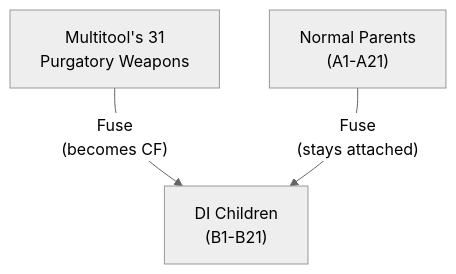
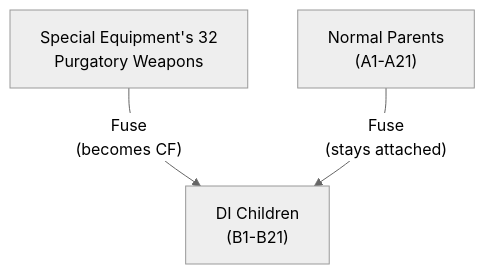
One commit to BKMzero/ultrabroken-documentation changed the fifth of 9 diagrams in docs/wiki/_wip/sfo-nesting-test.md. Above: the diagram before and after it, drawn with Mermaid (neutral theme). The commit also changed other lines of this file, not shown here.

````diff
--- a/docs/wiki/_wip/sfo-nesting-test.md
+++ b/docs/wiki/_wip/sfo-nesting-test.md
@@ -367,9 +399,9 @@
-            ```mermaid
-            graph TD
-                MULTITOOL["Multitool's 31<br/>Purgatory Weapons"]
-                PARENTS["Normal Parents<br/>(A1-A21)"]
-                CHILDREN["DI Children<br/>(B1-B21)"]
+        ```mermaid
+        graph TD
+            SPECIAL["Special Equipment's 32<br/>Purgatory Weapons"]
+            PARENTS["Normal Parents<br/>(A1-A21)"]
+            CHILDREN["DI Children<br/>(B1-B21)"]
 
-                MULTITOOL -->|"Fuse<br/>(becomes CF)"| CHILDREN
-                PARENTS -->|"Fuse<br/>(stays attached)"| CHILDREN
-            ```
+            SPECIAL -->|"Fuse<br/>(becomes CF)"| CHILDREN
+            PARENTS -->|"Fuse<br/>(stays attached)"| CHILDREN
+        ```
````
